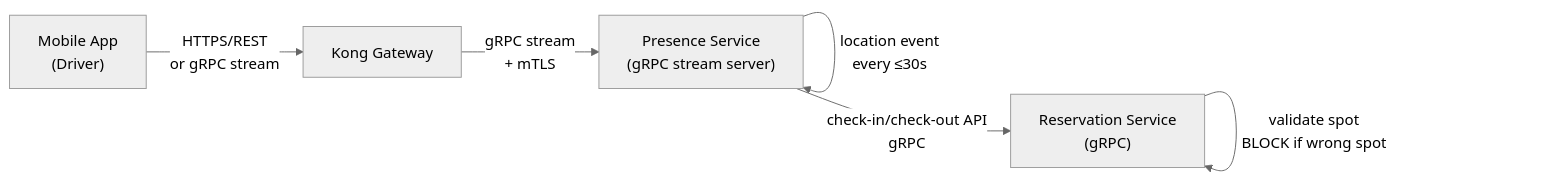
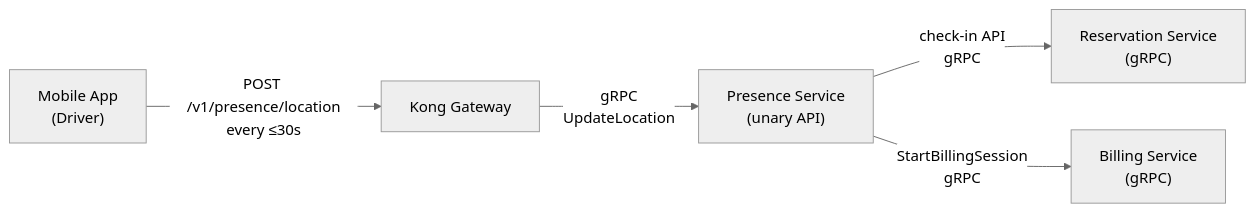
One commit to ParkirPintar/parkir-pintar-backend changed diagram 12 of 23 in README.md. Above: the diagram before and after it, drawn with Mermaid (neutral theme). The commit also changed other lines of this file and 28 other files, not shown here.

First line of the commit message:
feat(services): integrate billing with presence and refactor location tracking

````diff
--- a/README.md
+++ b/README.md
@@ -882,13 +886,13 @@
 ```mermaid
 flowchart LR
     A["Mobile App\n(Driver)"]
     KONG["Kong Gateway"]
-    P["Presence Service\n(gRPC stream server)"]
+    P["Presence Service\n(unary API)"]
     R["Reservation Service\n(gRPC)"]
+    B["Billing Service\n(gRPC)"]
 
-    A -->|"HTTPS/REST\nor gRPC stream"| KONG
-    KONG -->|"gRPC stream\n+ mTLS"| P
-    P -->|"location event\nevery ≤30s"| P
-    P -->|"check-in/check-out API\ngRPC"| R
-    R -->|"validate spot\nBLOCK if wrong spot"| R
+    A -->|"POST /v1/presence/location\nevery ≤30s"| KONG
+    KONG -->|"gRPC\nUpdateLocation"| P
+    P -->|"check-in API\ngRPC"| R
+    P -->|"StartBillingSession\ngRPC"| B
 ```
````
